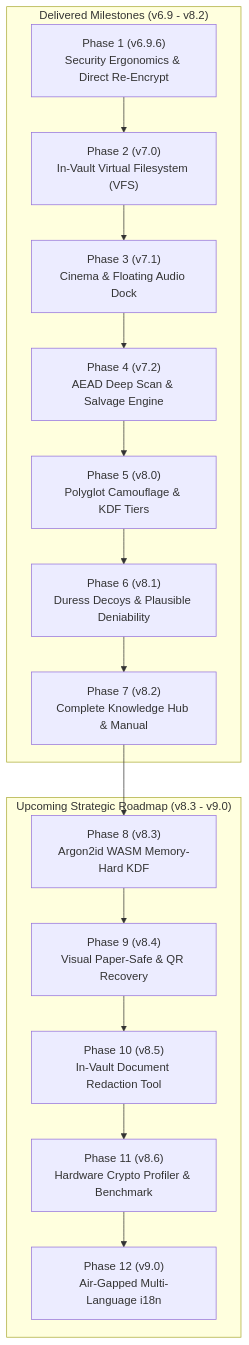
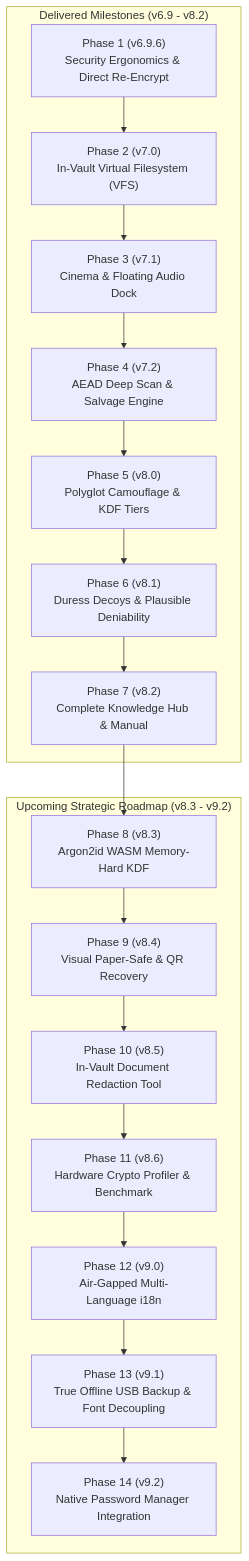
The diagram in future-plans/FUTURE_PLAN.md (zevbuild/zevsafe), drawn with Mermaid before and after one commit. The commit also changed other lines of this file and 4 other files, not shown here.

Commit message:
docs: add Phase 13 (True Offline USB Backup & Google Font Decoupling) and Phase 14 (Native Password Manager Integration) to future plan

````diff
--- a/future-plans/FUTURE_PLAN.md
+++ b/future-plans/FUTURE_PLAN.md
@@ -20,19 +20,21 @@
 ```mermaid
 flowchart TD
     subgraph Delivered["Delivered Milestones (v6.9 - v8.2)"]
         P1["Phase 1 (v6.9.6)<br>Security Ergonomics & Direct Re-Encrypt"] --> P2["Phase 2 (v7.0)<br>In-Vault Virtual Filesystem (VFS)"]
         P2 --> P3["Phase 3 (v7.1)<br>Cinema & Floating Audio Dock"]
         P3 --> P4["Phase 4 (v7.2)<br>AEAD Deep Scan & Salvage Engine"]
         P4 --> P5["Phase 5 (v8.0)<br>Polyglot Camouflage & KDF Tiers"]
         P5 --> P6["Phase 6 (v8.1)<br>Duress Decoys & Plausible Deniability"]
         P6 --> P7["Phase 7 (v8.2)<br>Complete Knowledge Hub & Manual"]
     end
 
-    subgraph Upcoming["Upcoming Strategic Roadmap (v8.3 - v9.0)"]
+    subgraph Upcoming["Upcoming Strategic Roadmap (v8.3 - v9.2)"]
         P7 --> P8["Phase 8 (v8.3)<br>Argon2id WASM Memory-Hard KDF"]
         P8 --> P9["Phase 9 (v8.4)<br>Visual Paper-Safe & QR Recovery"]
         P9 --> P10["Phase 10 (v8.5)<br>In-Vault Document Redaction Tool"]
         P10 --> P11["Phase 11 (v8.6)<br>Hardware Crypto Profiler & Benchmark"]
         P11 --> P12["Phase 12 (v9.0)<br>Air-Gapped Multi-Language i18n"]
+        P12 --> P13["Phase 13 (v9.1)<br>True Offline USB Backup & Font Decoupling"]
+        P13 --> P14["Phase 14 (v9.2)<br>Native Password Manager Integration"]
     end
 ```
````
